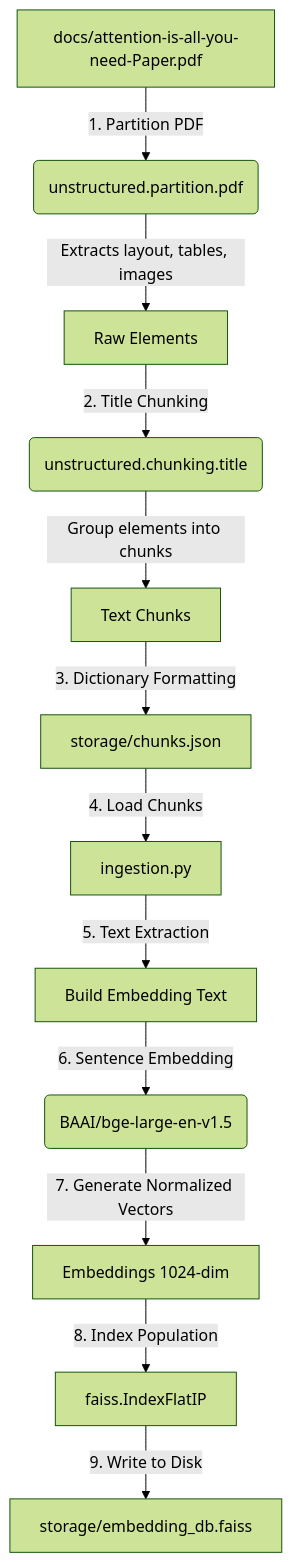
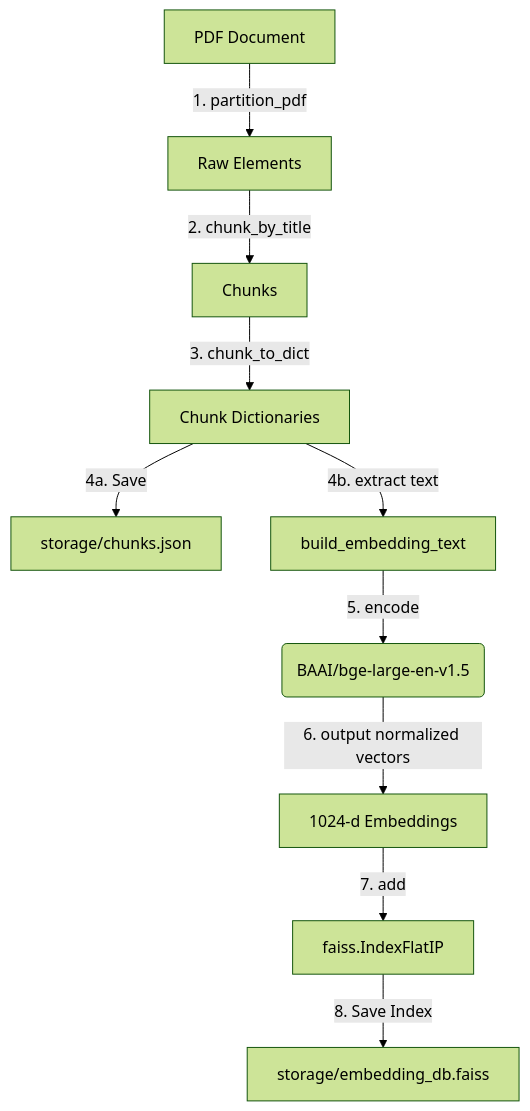
One commit to venkatbayanaboina/research-rag-assistant changed the diagram in phase-5-Ingestion-Pipeline/README.md. Above: the diagram before and after it, drawn with Mermaid (forest theme). The commit also changed other lines of this file, not shown here.

Commit message:
docs: update ingestion pipeline README with correct directional data flow

````diff
--- a/phase-5-Ingestion-Pipeline/README.md
+++ b/phase-5-Ingestion-Pipeline/README.md
@@ -9,14 +9,12 @@
 ```mermaid
 graph TD
-    A[docs/attention-is-all-you-need-Paper.pdf] -->|1. Partition PDF| B(unstructured.partition.pdf)
-    B -->|Extracts layout, tables, images| C[Raw Elements]
-    C -->|2. Title Chunking| D(unstructured.chunking.title)
-    D -->|Group elements into chunks| E[Text Chunks]
-    E -->|3. Dictionary Formatting| F[storage/chunks.json]
-    F -->|4. Load Chunks| G[ingestion.py]
-    G -->|5. Text Extraction| H[Build Embedding Text]
-    H -->|6. Sentence Embedding| I(BAAI/bge-large-en-v1.5)
-    I -->|7. Generate Normalized Vectors| J[Embeddings 1024-dim]
-    J -->|8. Index Population| K[faiss.IndexFlatIP]
-    K -->|9. Write to Disk| L[storage/embedding_db.faiss]
+    A[PDF Document] -->|1. partition_pdf| B[Raw Elements]
+    B -->|2. chunk_by_title| C[Chunks]
+    C -->|3. chunk_to_dict| D[Chunk Dictionaries]
+    D -->|4a. Save| E[storage/chunks.json]
+    D -->|4b. extract text| F[build_embedding_text]
+    F -->|5. encode| G(BAAI/bge-large-en-v1.5)
+    G -->|6. output normalized vectors| H[1024-d Embeddings]
+    H -->|7. add| I[faiss.IndexFlatIP]
+    I -->|8. Save Index| J[storage/embedding_db.faiss]
 ```
````
